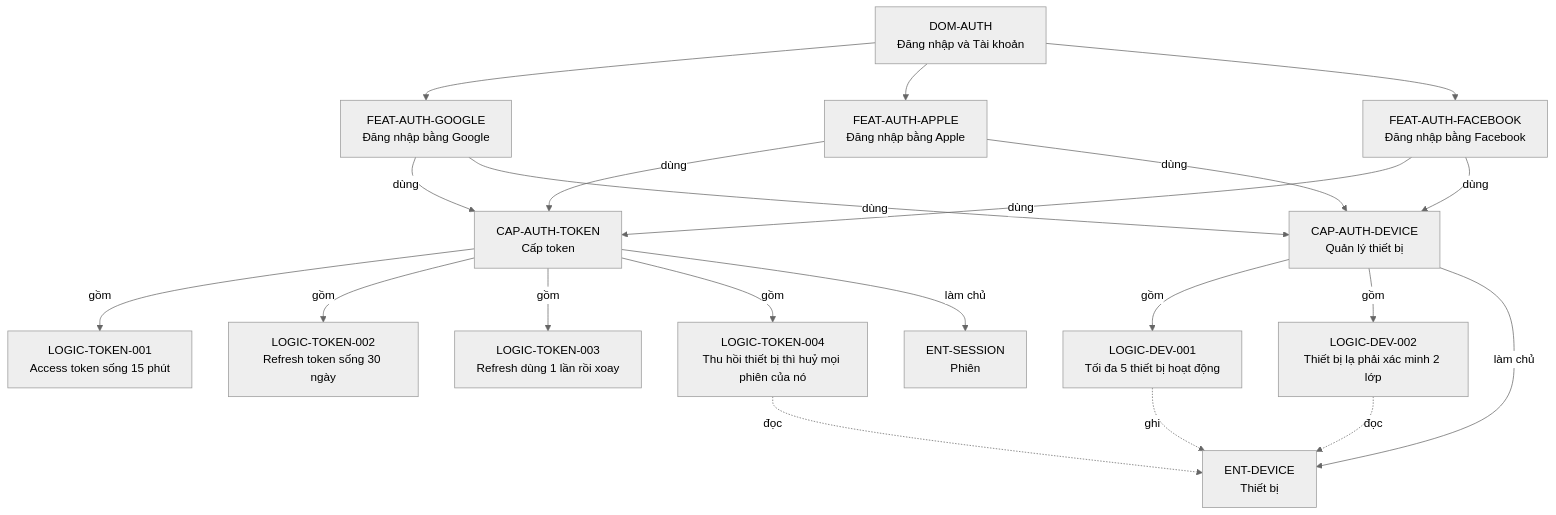
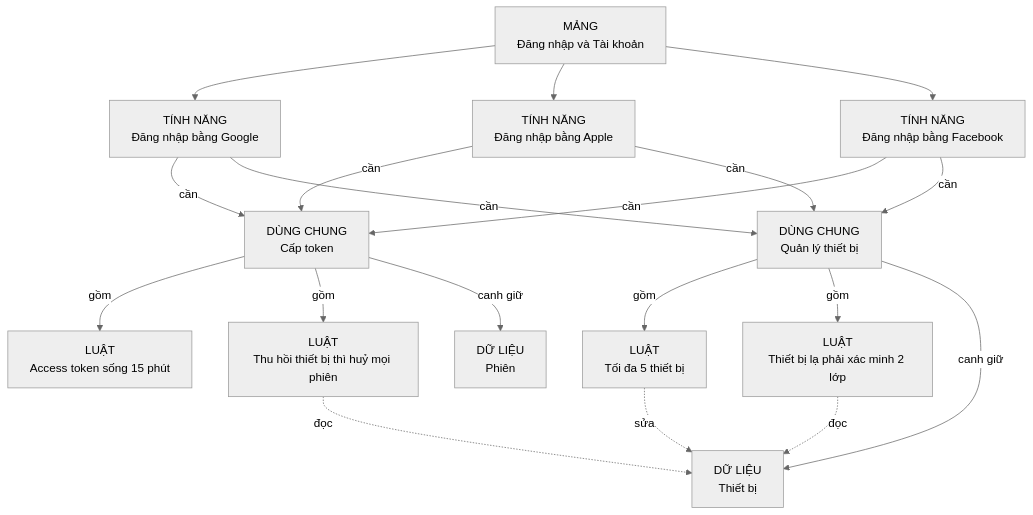
One commit to Kynderis/kendrick-ai-tools changed the third of 7 diagrams in design/04-BAN-DO-NGHIEP-VU.md. Above: the diagram before and after it, drawn with Mermaid (neutral theme). The commit also changed other lines of this file and 1 other file, not shown here.

````diff
--- a/design/04-BAN-DO-NGHIEP-VU.md
+++ b/design/04-BAN-DO-NGHIEP-VU.md
@@ -163,31 +164,29 @@
 ```mermaid
 flowchart TD
-    DOM["DOM-AUTH<br/>Đăng nhập và Tài khoản"]
+    DOM["MẢNG<br/>Đăng nhập và Tài khoản"]
 
-    DOM --> F1["FEAT-AUTH-GOOGLE<br/>Đăng nhập bằng Google"]
-    DOM --> F2["FEAT-AUTH-APPLE<br/>Đăng nhập bằng Apple"]
-    DOM --> F3["FEAT-AUTH-FACEBOOK<br/>Đăng nhập bằng Facebook"]
+    DOM --> F1["TÍNH NĂNG<br/>Đăng nhập bằng Google"]
+    DOM --> F2["TÍNH NĂNG<br/>Đăng nhập bằng Apple"]
+    DOM --> F3["TÍNH NĂNG<br/>Đăng nhập bằng Facebook"]
 
-    F1 -->|"dùng"| C1["CAP-AUTH-TOKEN<br/>Cấp token"]
-    F2 -->|"dùng"| C1
-    F3 -->|"dùng"| C1
+    F1 -->|"cần"| C1["DÙNG CHUNG<br/>Cấp token"]
+    F2 -->|"cần"| C1
+    F3 -->|"cần"| C1
 
-    F1 -->|"dùng"| C2["CAP-AUTH-DEVICE<br/>Quản lý thiết bị"]
-    F2 -->|"dùng"| C2
-    F3 -->|"dùng"| C2
+    F1 -->|"cần"| C2["DÙNG CHUNG<br/>Quản lý thiết bị"]
+    F2 -->|"cần"| C2
+    F3 -->|"cần"| C2
 
-    C1 -->|"gồm"| L1["LOGIC-TOKEN-001<br/>Access token sống 15 phút"]
-    C1 -->|"gồm"| L2["LOGIC-TOKEN-002<br/>Refresh token sống 30 ngày"]
-    C1 -->|"gồm"| L3["LOGIC-TOKEN-003<br/>Refresh dùng 1 lần rồi xoay"]
-    C1 -->|"gồm"| L4["LOGIC-TOKEN-004<br/>Thu hồi thiết bị thì huỷ mọi phiên của nó"]
+    C1 -->|"gồm"| L1["LUẬT<br/>Access token sống 15 phút"]
+    C1 -->|"gồm"| L4["LUẬT<br/>Thu hồi thiết bị thì huỷ mọi phiên"]
 
-    C2 -->|"gồm"| L5["LOGIC-DEV-001<br/>Tối đa 5 thiết bị hoạt động"]
-    C2 -->|"gồm"| L6["LOGIC-DEV-002<br/>Thiết bị lạ phải xác minh 2 lớp"]
+    C2 -->|"gồm"| L5["LUẬT<br/>Tối đa 5 thiết bị"]
+    C2 -->|"gồm"| L6["LUẬT<br/>Thiết bị lạ phải xác minh 2 lớp"]
 
-    C1 -->|"làm chủ"| E1["ENT-SESSION<br/>Phiên"]
-    C2 -->|"làm chủ"| E2["ENT-DEVICE<br/>Thiết bị"]
+    C1 -->|"canh giữ"| E1["DỮ LIỆU<br/>Phiên"]
+    C2 -->|"canh giữ"| E2["DỮ LIỆU<br/>Thiết bị"]
 
     L4 -.->|"đọc"| E2
-    L5 -.->|"ghi"| E2
+    L5 -.->|"sửa"| E2
     L6 -.->|"đọc"| E2
 ```
````
